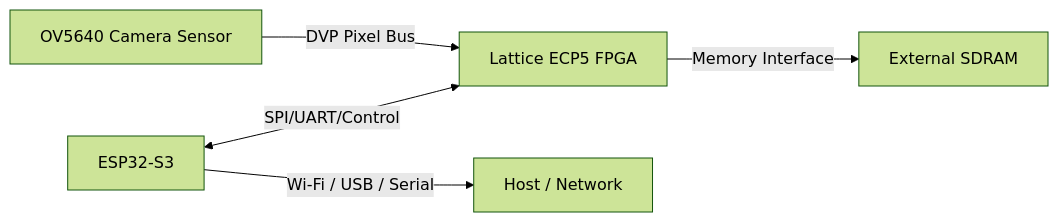
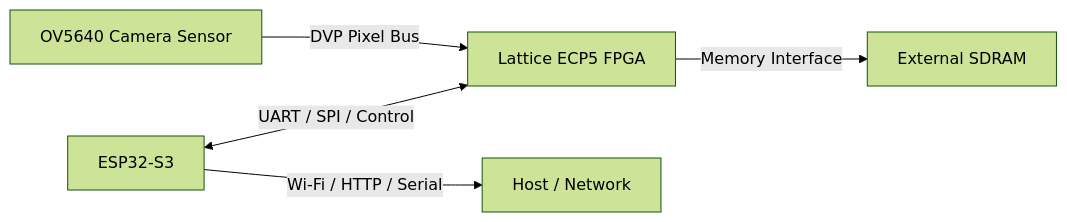
The diagram in README.md (regular030/AiCamera), drawn with Mermaid (forest theme) before and after one commit. The commit also changed other lines of this file and 1571 other files, not shown here.

````diff
--- a/README.md
+++ b/README.md
@@ -27,7 +47,7 @@
 ```mermaid
 flowchart LR
   CAM[OV5640 Camera Sensor] -->|DVP Pixel Bus| FPGA[Lattice ECP5 FPGA]
   FPGA -->|Memory Interface| SDRAM[External SDRAM]
-  ESP[ESP32-S3] <-->|SPI/UART/Control| FPGA
-  ESP -->|Wi-Fi / USB / Serial| HOST[Host / Network]
+  ESP[ESP32-S3] <-->|UART / SPI / Control| FPGA
+  ESP -->|Wi-Fi / HTTP / Serial| HOST[Host / Network]
 ```
````
